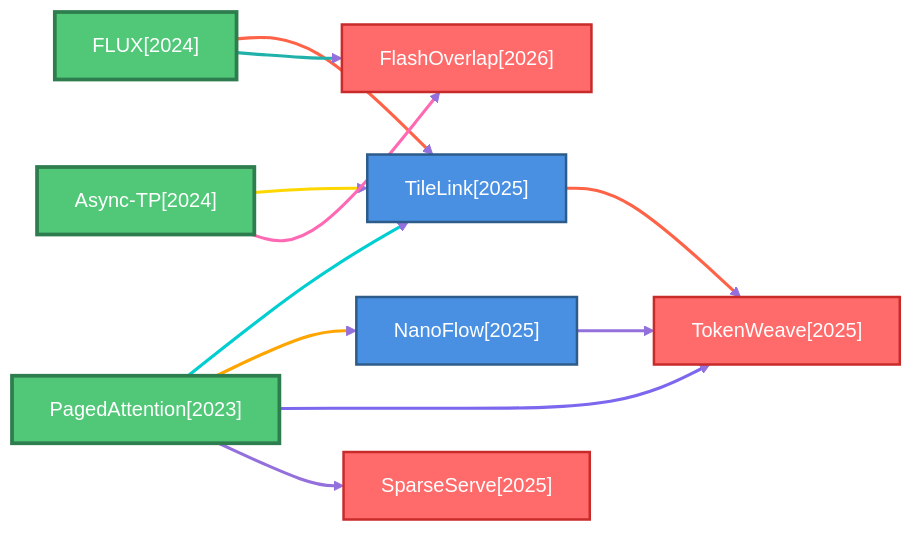
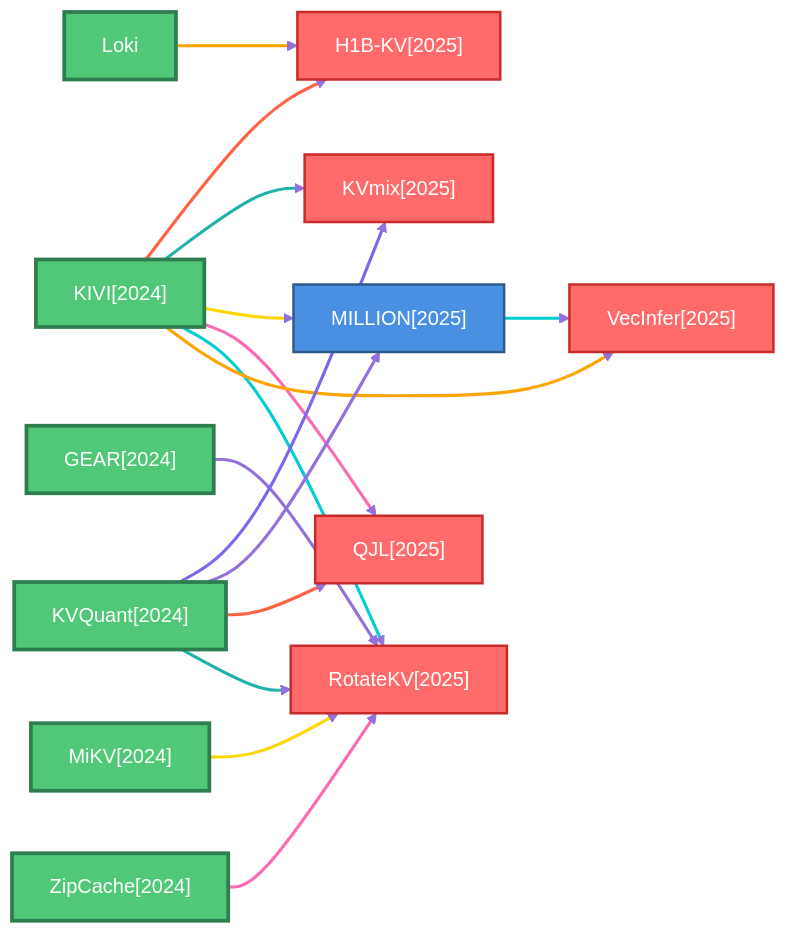
Before and after one commit to hustzxd/EfficientPaper: the second of 6 diagrams in docs/baseline_methods_graph.md, drawn with Mermaid. The commit also changed 31 other files, not shown here.

````diff
--- a/docs/baseline_methods_graph.md
+++ b/docs/baseline_methods_graph.md
@@ -11,45 +151,63 @@
 ```mermaid
 flowchart LR
     classDef defaultNode fill:#4A90E2,stroke:#2E5C8A,stroke-width:2px,color:#fff
     classDef rootNode fill:#50C878,stroke:#2E7D4E,stroke-width:3px,color:#fff
     classDef leafNode fill:#FF6B6B,stroke:#C92A2A,stroke-width:2px,color:#fff
     linkStyle default stroke:#9370DB,stroke-width:2px
 
-    2026_FlashOverlap["FlashOverlap[2026]"]
-    class 2026_FlashOverlap leafNode
-    2025_NanoFlow["NanoFlow[2025]"]
-    class 2025_NanoFlow defaultNode
-    2024_FLUX["FLUX[2024]"]
-    class 2024_FLUX rootNode
-    2024_Async_TP["Async-TP[2024]"]
-    class 2024_Async_TP rootNode
-    2025_SparseServe["SparseServe[2025]"]
-    class 2025_SparseServe leafNode
-    2023_PagedAttention["PagedAttention[2023]"]
-    class 2023_PagedAttention rootNode
-    2025_TileLink["TileLink[2025]"]
-    class 2025_TileLink defaultNode
-    2025_TokenWeave["TokenWeave[2025]"]
-    class 2025_TokenWeave leafNode
+    2024_GEAR["GEAR[2024]"]
+    class 2024_GEAR rootNode
+    2024_KIVI["KIVI[2024]"]
+    class 2024_KIVI rootNode
+    2024_KVQuant["KVQuant[2024]"]
+    class 2024_KVQuant rootNode
+    2024_MiKV["MiKV[2024]"]
+    class 2024_MiKV rootNode
+    2024_ZipCache["ZipCache[2024]"]
+    class 2024_ZipCache rootNode
+    2025_H1B_KV["H1B-KV[2025]"]
+    class 2025_H1B_KV leafNode
+    2025_KVmix["KVmix[2025]"]
+    class 2025_KVmix leafNode
+    2025_MILLION["MILLION[2025]"]
+    class 2025_MILLION defaultNode
+    2025_QJL["QJL[2025]"]
+    class 2025_QJL leafNode
+    2025_RotateKV["RotateKV[2025]"]
+    class 2025_RotateKV leafNode
+    2025_VecInfer["VecInfer[2025]"]
+    class 2025_VecInfer leafNode
+    Loki["Loki"]
+    class Loki rootNode
 
-    2025_NanoFlow ==>|" "| 2025_TokenWeave
+    2024_GEAR ==>|" "| 2025_RotateKV
     linkStyle 0 stroke:#9370DB,stroke-width:2.5px
-    2024_FLUX ==>|" "| 2025_TileLink
+    2024_KIVI ==>|" "| 2025_H1B_KV
     linkStyle 1 stroke:#FF6347,stroke-width:2.5px
-    2024_FLUX ==>|" "| 2026_FlashOverlap
+    2024_KIVI ==>|" "| 2025_KVmix
     linkStyle 2 stroke:#20B2AA,stroke-width:2.5px
-    2024_Async_TP ==>|" "| 2025_TileLink
+    2024_KIVI ==>|" "| 2025_MILLION
     linkStyle 3 stroke:#FFD700,stroke-width:2.5px
-    2024_Async_TP ==>|" "| 2026_FlashOverlap
+    2024_KIVI ==>|" "| 2025_QJL
     linkStyle 4 stroke:#FF69B4,stroke-width:2.5px
-    2023_PagedAttention ==>|" "| 2025_TileLink
+    2024_KIVI ==>|" "| 2025_RotateKV
     linkStyle 5 stroke:#00CED1,stroke-width:2.5px
-    2023_PagedAttention ==>|" "| 2025_NanoFlow
+    2024_KIVI ==>|" "| 2025_VecInfer
     linkStyle 6 stroke:#FFA500,stroke-width:2.5px
-    2023_PagedAttention ==>|" "| 2025_TokenWeave
+    2024_KVQuant ==>|" "| 2025_KVmix
     linkStyle 7 stroke:#7B68EE,stroke-width:2.5px
-    2023_PagedAttention ==>|" "| 2025_SparseServe
+    2024_KVQuant ==>|" "| 2025_MILLION
     linkStyle 8 stroke:#9370DB,stroke-width:2.5px
-    2025_TileLink ==>|" "| 2025_TokenWeave
+    2024_KVQuant ==>|" "| 2025_QJL
     linkStyle 9 stroke:#FF6347,stroke-width:2.5px
+    2024_KVQuant ==>|" "| 2025_RotateKV
+    linkStyle 10 stroke:#20B2AA,stroke-width:2.5px
+    2024_MiKV ==>|" "| 2025_RotateKV
+    linkStyle 11 stroke:#FFD700,stroke-width:2.5px
+    2024_ZipCache ==>|" "| 2025_RotateKV
+    linkStyle 12 stroke:#FF69B4,stroke-width:2.5px
+    2025_MILLION ==>|" "| 2025_VecInfer
+    linkStyle 13 stroke:#00CED1,stroke-width:2.5px
+    Loki ==>|" "| 2025_H1B_KV
+    linkStyle 14 stroke:#FFA500,stroke-width:2.5px
 ```
````
